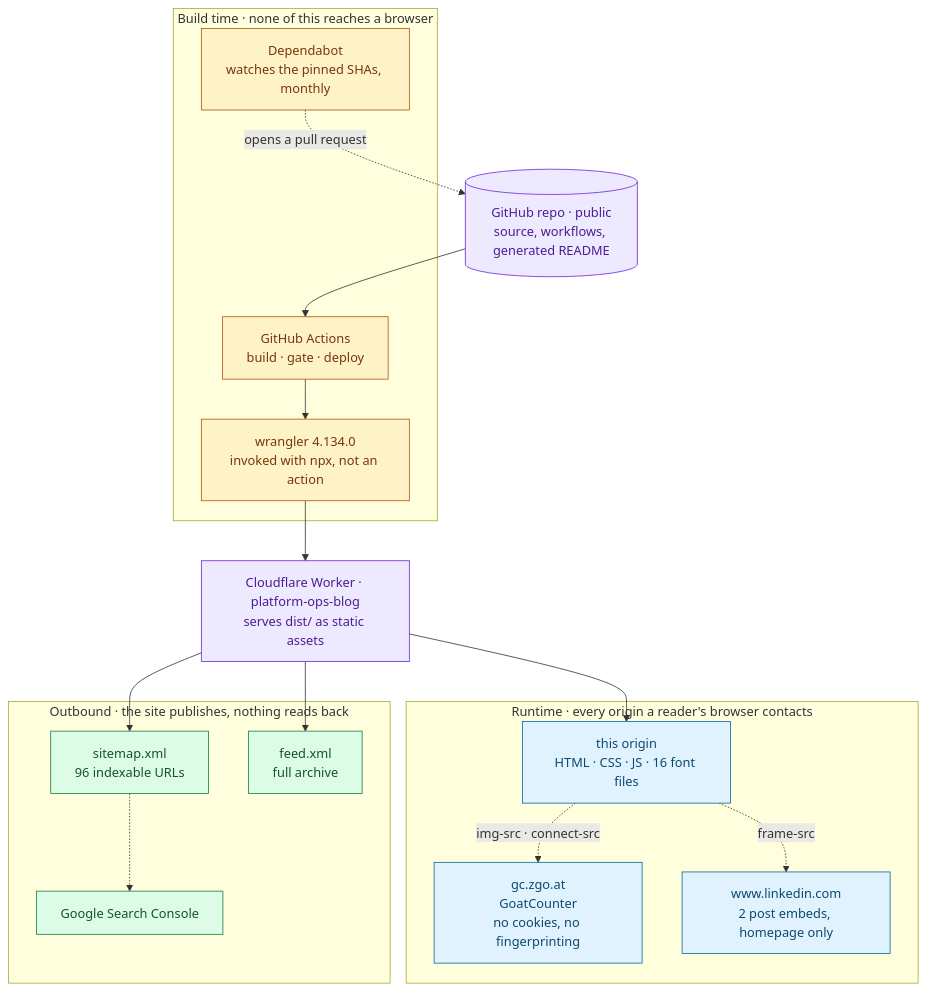
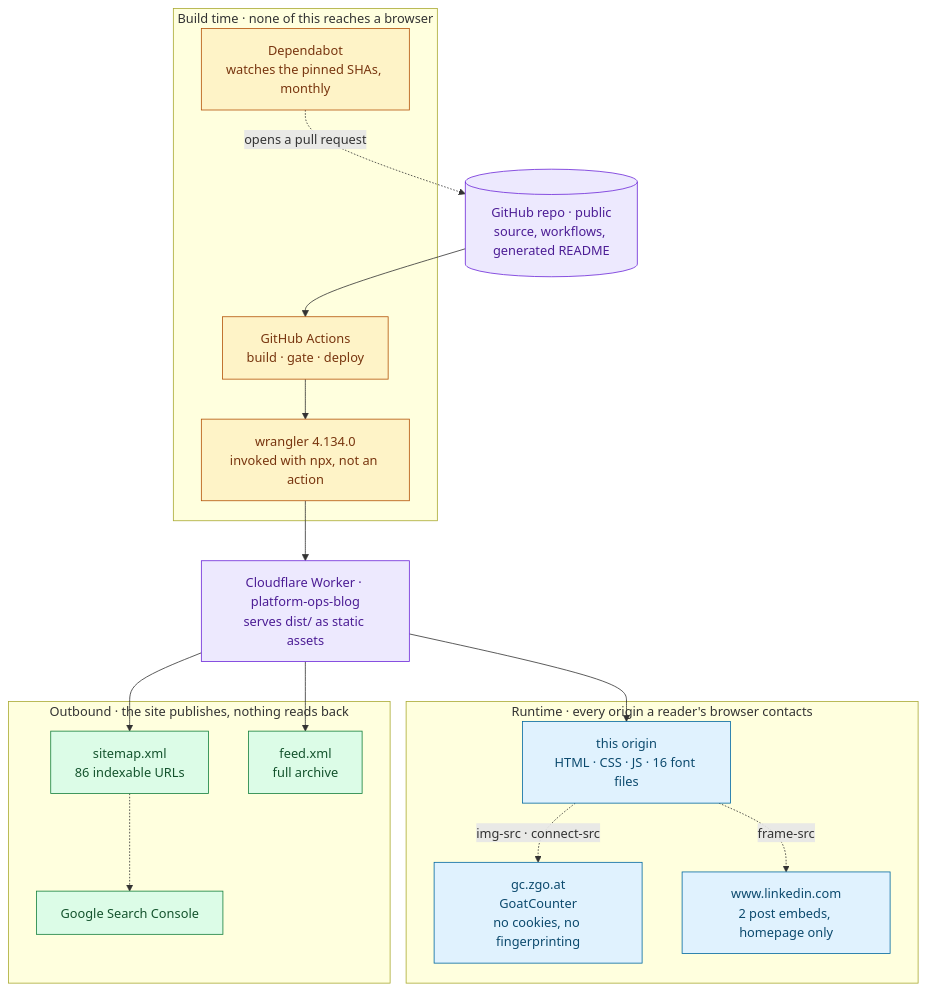
The third of 3 diagrams in README.md (Vishal-Abhinav/Platform-ops-Newsletter), drawn with Mermaid before and after one commit. The commit also changed other lines of this file and 10 other files, not shown here.

````diff
--- a/README.md
+++ b/README.md
@@ -268,42 +269,42 @@
 ```mermaid
 flowchart TB
   REPO[("GitHub repo · public<br/>source, workflows, generated README")]
 
   subgraph BT["Build time · none of this reaches a browser"]
     ACT["GitHub Actions<br/>build · gate · deploy"]
     WR["wrangler 4.134.0<br/>invoked with npx, not an action"]
     DB["Dependabot<br/>watches the pinned SHAs, monthly"]
   end
 
   WORKER["Cloudflare Worker · platform-ops-blog<br/>serves dist/ as static assets"]
 
   subgraph RT["Runtime · every origin a reader's browser contacts"]
     SELF["this origin<br/>HTML · CSS · JS · 16 font files"]
     GC["gc.zgo.at<br/>GoatCounter<br/>no cookies, no fingerprinting"]
     LI["www.linkedin.com<br/>2 post embeds, homepage only"]
   end
 
   subgraph OB["Outbound · the site publishes, nothing reads back"]
-    SM["sitemap.xml<br/>96 indexable URLs"]
+    SM["sitemap.xml<br/>86 indexable URLs"]
     RSS["feed.xml<br/>full archive"]
     GSC["Google Search Console"]
   end
 
   REPO --> ACT --> WR --> WORKER
   DB -.->|opens a pull request| REPO
   WORKER --> SELF
   SELF -.->|"img-src · connect-src"| GC
   SELF -.->|frame-src| LI
   WORKER --> SM
   WORKER --> RSS
   SM -.-> GSC
 
   classDef own fill:#ede9fe,stroke:#6d28d9,color:#4c1d95
   classDef bt fill:#fef3c7,stroke:#b45309,color:#78350f
   classDef rt fill:#e0f2fe,stroke:#0369a1,color:#0c4a6e
   classDef ob fill:#dcfce7,stroke:#15803d,color:#14532d
   class REPO,WORKER own
   class ACT,WR,DB bt
   class SELF,GC,LI rt
   class SM,RSS,GSC ob
 ```
````
